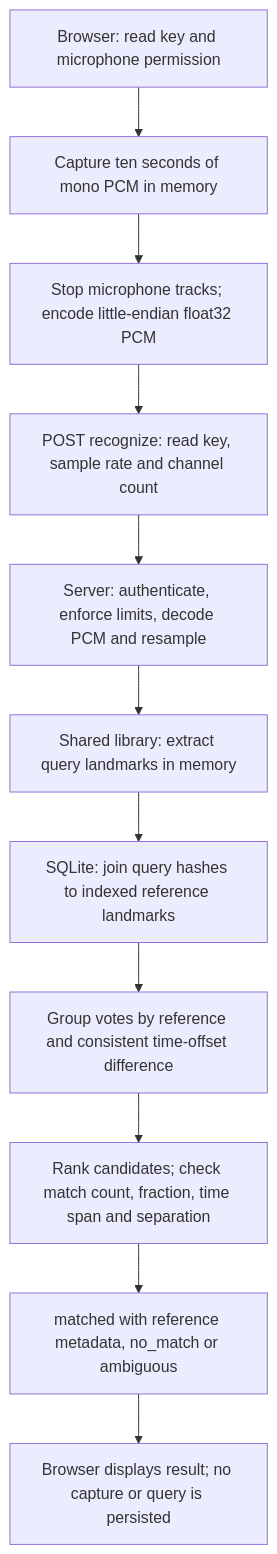
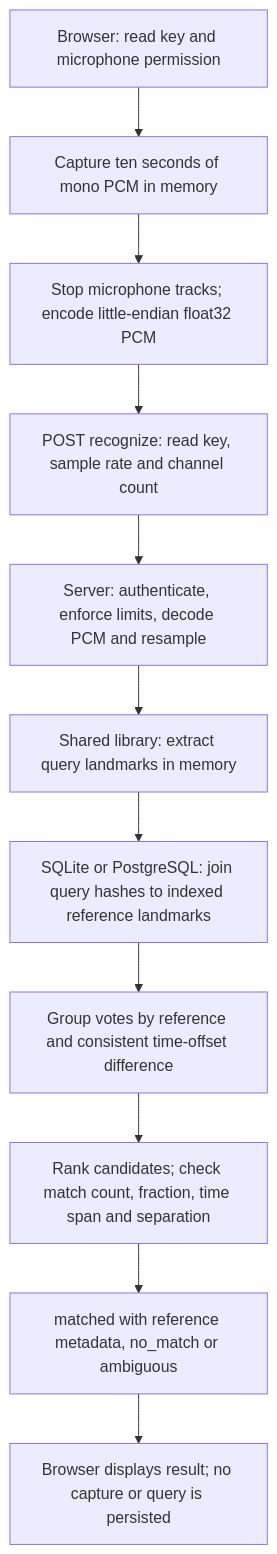
Before and after one commit to dmoo500/audio-fingerprint-server: the third of 4 diagrams in docs/architecture.md, drawn with Mermaid. The commit also changed other lines of this file and 52 other files, not shown here.

Commit message:
Add reversible PostgreSQL storage and scalable recognition APIs

````diff
--- a/docs/architecture.md
+++ b/docs/architecture.md
@@ -63,13 +63,13 @@
 ```mermaid
 flowchart TD
     A["Browser: read key and microphone permission"] --> B["Capture ten seconds of mono PCM in memory"]
     B --> C["Stop microphone tracks; encode little-endian float32 PCM"]
     C --> D["POST recognize: read key, sample rate and channel count"]
     D --> E["Server: authenticate, enforce limits, decode PCM and resample"]
     E --> F["Shared library: extract query landmarks in memory"]
-    F --> G["SQLite: join query hashes to indexed reference landmarks"]
+    F --> G["SQLite or PostgreSQL: join query hashes to indexed reference landmarks"]
     G --> H["Group votes by reference and consistent time-offset difference"]
     H --> I["Rank candidates; check match count, fraction, time span and separation"]
     I --> J["matched with reference metadata, no_match or ambiguous"]
     J --> K["Browser displays result; no capture or query is persisted"]
 ```
````
